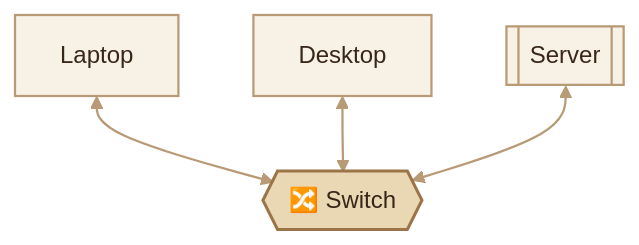
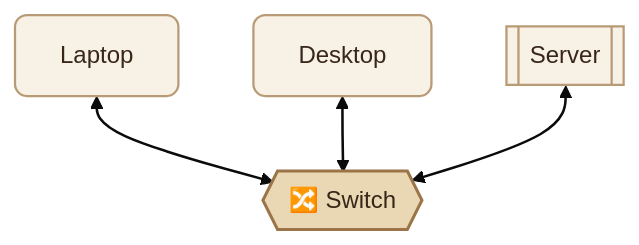
Before and after one commit to mustafammasoud/ops-handbook: the third of 6 diagrams in content/networking/what-is-a-computer-network.mdx, drawn with Mermaid (base theme). The commit also changed other lines of this file and 7 other files, not shown here.

````diff
--- a/content/networking/what-is-a-computer-network.mdx
+++ b/content/networking/what-is-a-computer-network.mdx
@@ -159,21 +165,22 @@
 ```mermaid
 flowchart TB
     SW{{"🔀 Switch"}}
 
     L[" Laptop"]
     D[" Desktop"]
     S[[" Server"]]
 
     L <--> SW
     D <--> SW
     S <--> SW
 
-    classDef switch fill:#EAD8B5,stroke:#9B7447,color:#382719,stroke-width:2px
-    classDef device fill:#F8F1E5,stroke:#B89B76,color:#382719,stroke-width:1.5px
+    classDef switch fill:#EAD8B5,stroke:#9B7447,color:#382719,stroke-width:2px,rx:8,ry:8
+    classDef device fill:#F8F1E5,stroke:#B89B76,color:#382719,stroke-width:1.5px,rx:8,ry:8
 
     class SW switch
     class L,D device
     class S device
 
-    linkStyle default stroke:#B89B76,stroke-width:1.5px
+    linkStyle default stroke-width:1.7px
+
 ```
````
